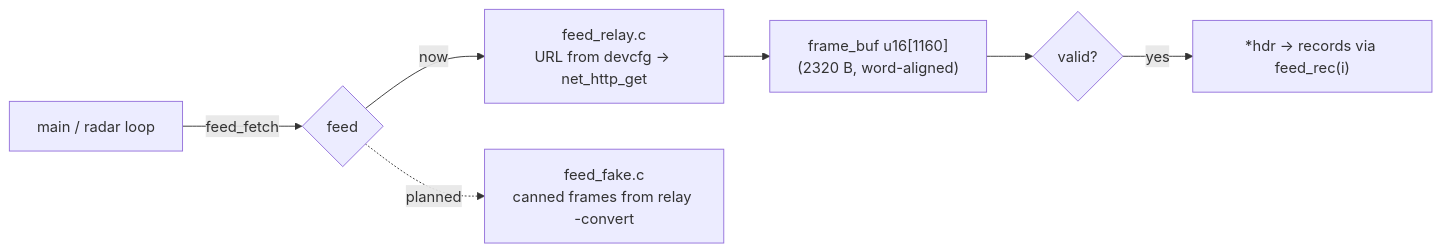
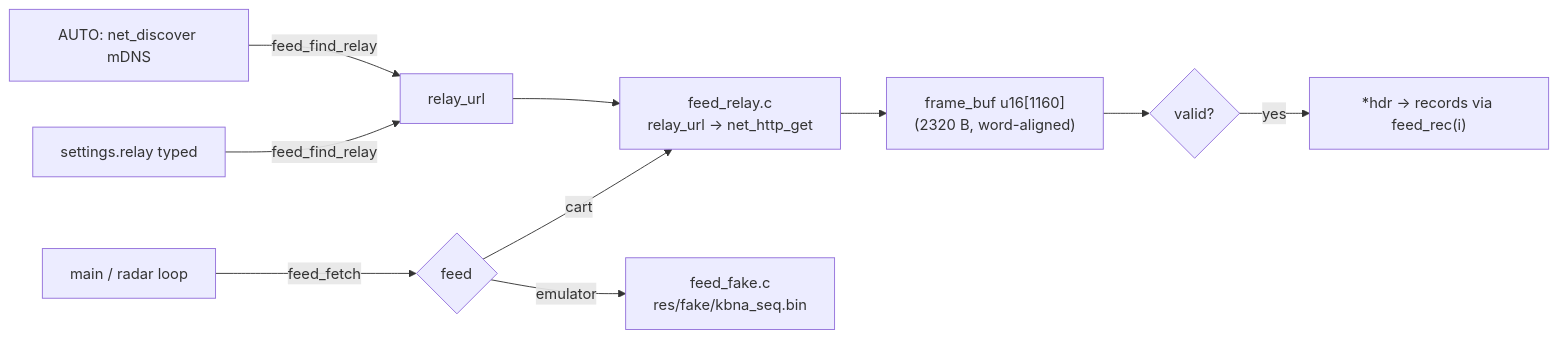
The diagram in lode/net/feed.md (jfryman/mega-wifi-radar), drawn with Mermaid before and after one commit. The commit also changed other lines of this file and 33 other files, not shown here.

First line of the commit message:
Find the relay over mDNS: AUTO relay on the cart, advertising relay

````diff
--- a/lode/net/feed.md
+++ b/lode/net/feed.md
@@ -7,8 +7,11 @@
 ```mermaid
 flowchart LR
   M[main / radar loop] -->|feed_fetch| F{feed}
-  F -->|now| R[feed_relay.c<br/>URL from devcfg → net_http_get]
-  F -.->|planned| K[feed_fake.c<br/>canned frames from relay -convert]
+  F -->|cart| R[feed_relay.c<br/>relay_url → net_http_get]
+  F -->|emulator| K[feed_fake.c<br/>res/fake/kbna_seq.bin]
+  S[settings.relay typed] -->|feed_find_relay| U[relay_url]
+  D[AUTO: net_discover mDNS] -->|feed_find_relay| U
+  U --> R
   R --> B["frame_buf u16[1160]<br/>(2320 B, word-aligned)"]
   B --> V{valid?} -->|yes| H["*hdr → records via feed_rec(i)"]
 ```
````
